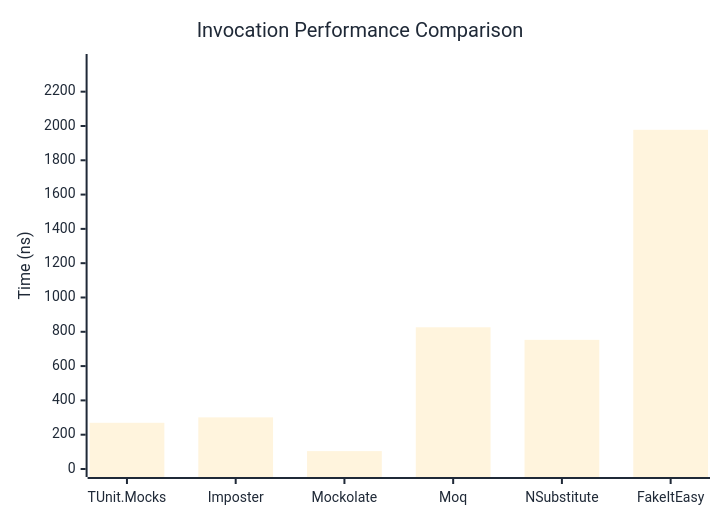
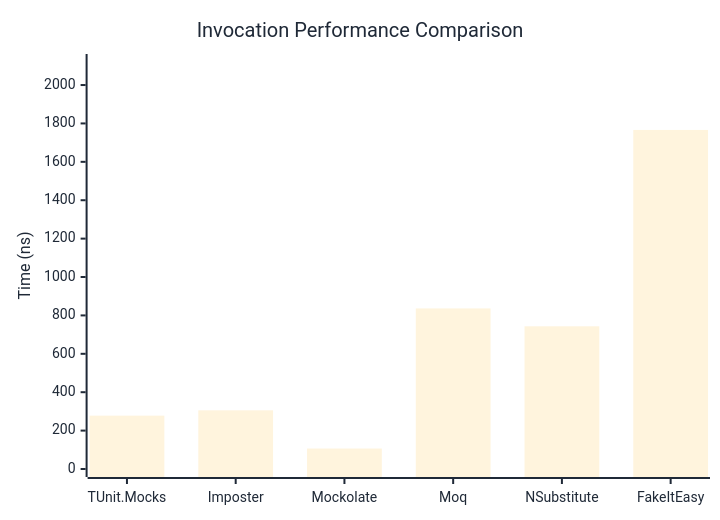
One commit to thomhurst/TUnit changed the first of 3 diagrams in docs/docs/benchmarks/mocks/Invocation.md. Above: the diagram before and after it, drawn with Mermaid. The commit also changed other lines of this file and 14 other files, not shown here.

````diff
--- a/docs/docs/benchmarks/mocks/Invocation.md
+++ b/docs/docs/benchmarks/mocks/Invocation.md
@@ -30,27 +30,27 @@
 ```mermaid
 %%{init: {
   'theme':'base',
   'themeVariables': {
     'primaryColor': '#2563eb',
     'primaryTextColor': '#1f2937',
     'primaryBorderColor': '#1e40af',
     'lineColor': '#6b7280',
     'secondaryColor': '#7c3aed',
     'tertiaryColor': '#dc2626',
     'background': '#ffffff',
     'pie1': '#2563eb',
     'pie2': '#7c3aed',
     'pie3': '#dc2626',
     'pie4': '#f59e0b',
     'pie5': '#10b981',
     'pie6': '#06b6d4',
     'pie7': '#ec4899',
     'pie8': '#6366f1'
   }
 }}%%
 xychart-beta
   title "Invocation Performance Comparison"
   x-axis ["TUnit.Mocks", "Imposter", "Mockolate", "Moq", "NSubstitute", "FakeItEasy"]
-  y-axis "Time (ns)" 0 --> 2373
-  bar [269.4, 301.1, 104.4, 826.3, 753, 1977.5]
+  y-axis "Time (ns)" 0 --> 2120
+  bar [277.91, 305.66, 106.57, 836.41, 743.31, 1766.19]
 ```
````
